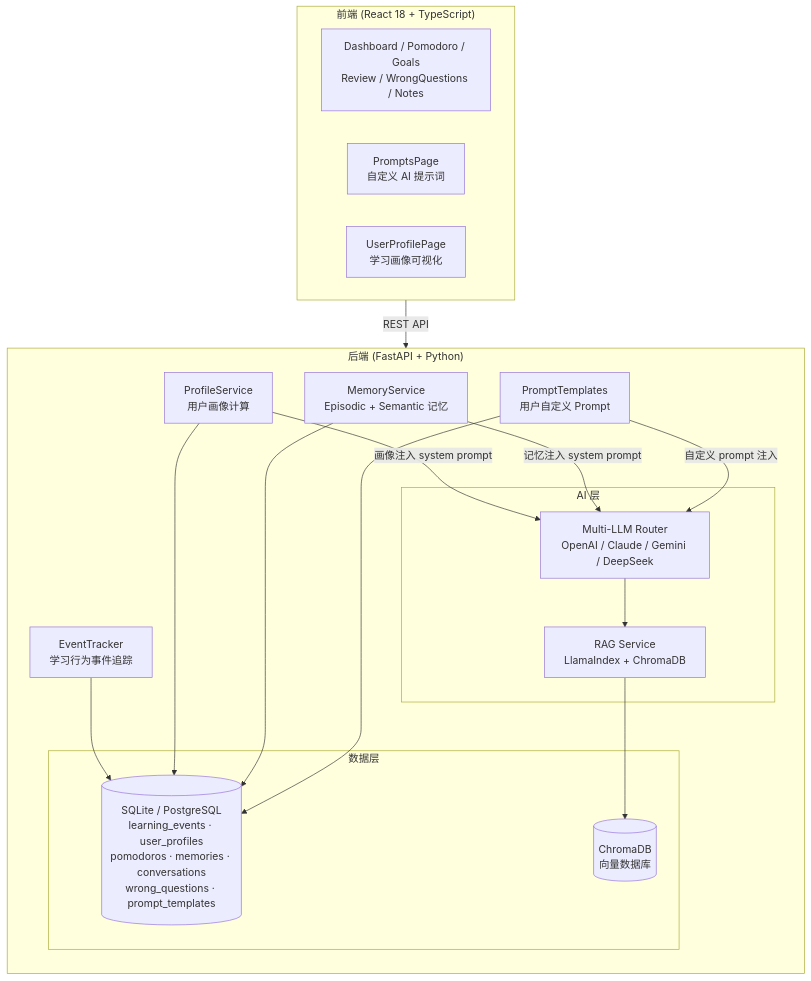
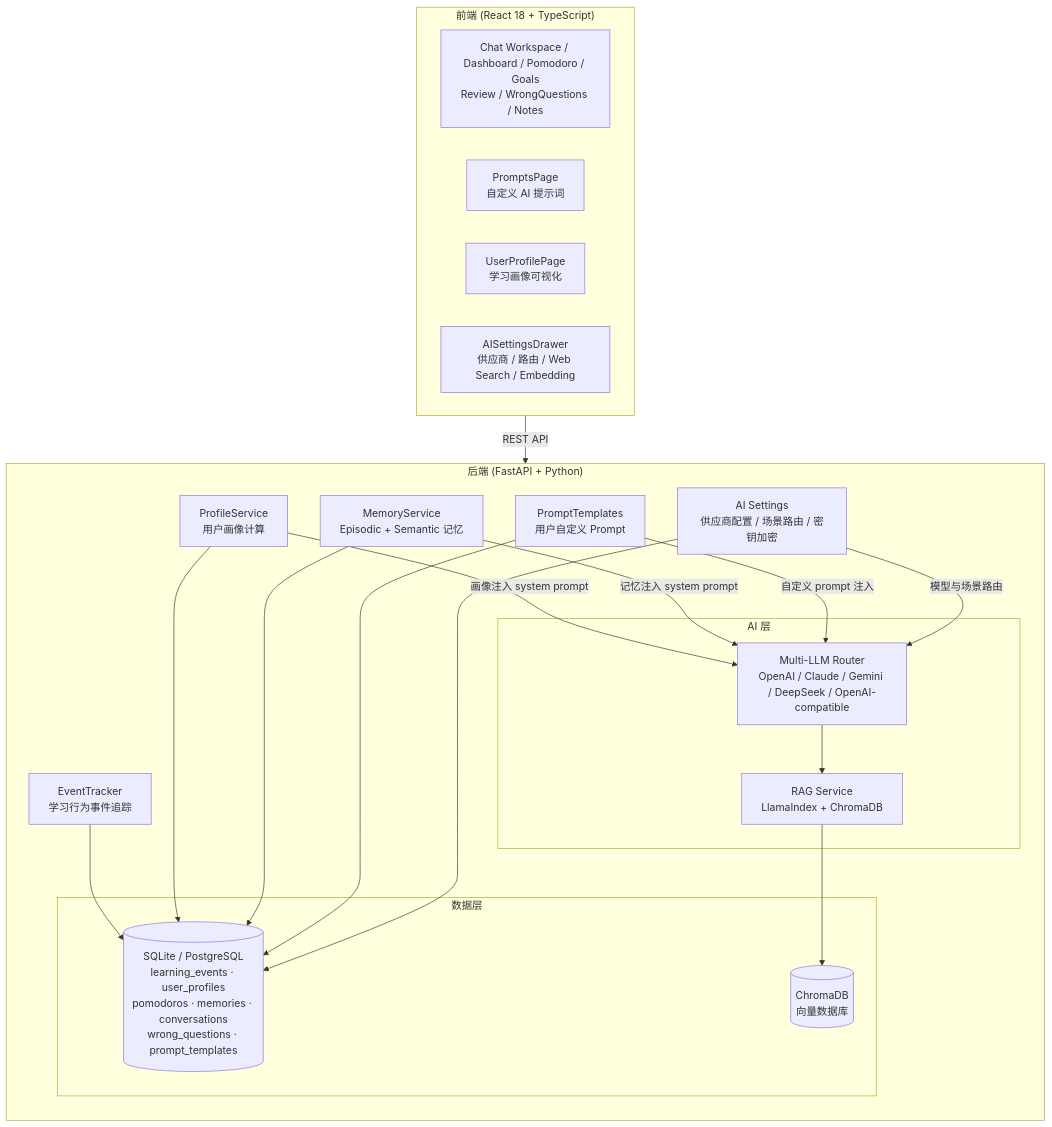
One commit to wlohf/Mnemox changed the diagram in README.md. Above: the diagram before and after it, drawn with Mermaid. The commit also changed other lines of this file, not shown here.

````diff
--- a/README.md
+++ b/README.md
@@ -46,37 +47,41 @@
 ```mermaid
 graph TB
     subgraph Frontend["前端 (React 18 + TypeScript)"]
-        UI["Dashboard / Pomodoro / Goals\nReview / WrongQuestions / Notes"]
+        UI["Chat Workspace / Dashboard / Pomodoro / Goals\nReview / WrongQuestions / Notes"]
         PP["PromptsPage\n自定义 AI 提示词"]
         UP["UserProfilePage\n学习画像可视化"]
+        AS["AISettingsDrawer\n供应商 / 路由 / Web Search / Embedding"]
     end
 
     subgraph Backend["后端 (FastAPI + Python)"]
         direction TB
         ET["EventTracker\n学习行为事件追踪"]
         PS["ProfileService\n用户画像计算"]
         MS["MemoryService\nEpisodic + Semantic 记忆"]
         PT["PromptTemplates\n用户自定义 Prompt"]
+        AIS["AI Settings\n供应商配置 / 场景路由 / 密钥加密"]
 
         subgraph AI["AI 层"]
-            LLM["Multi-LLM Router\nOpenAI / Claude / Gemini / DeepSeek"]
+            LLM["Multi-LLM Router\nOpenAI / Claude / Gemini / DeepSeek / OpenAI-compatible"]
             RAG["RAG Service\nLlamaIndex + ChromaDB"]
         end
 
         subgraph DB["数据层"]
             SQLite[("SQLite / PostgreSQL\nlearning_events · user_profiles\npomodoros · memories · conversations\nwrong_questions · prompt_templates")]
             VDB[("ChromaDB\n向量数据库")]
         end
     end
 
     Frontend -->|REST API| Backend
     ET --> SQLite
     PS --> SQLite
     MS --> SQLite
     PT --> SQLite
+    AIS --> SQLite
     LLM --> RAG
     RAG --> VDB
     PS -->|画像注入 system prompt| LLM
     MS -->|记忆注入 system prompt| LLM
     PT -->|自定义 prompt 注入| LLM
+    AIS -->|模型与场景路由| LLM
 ```
````
